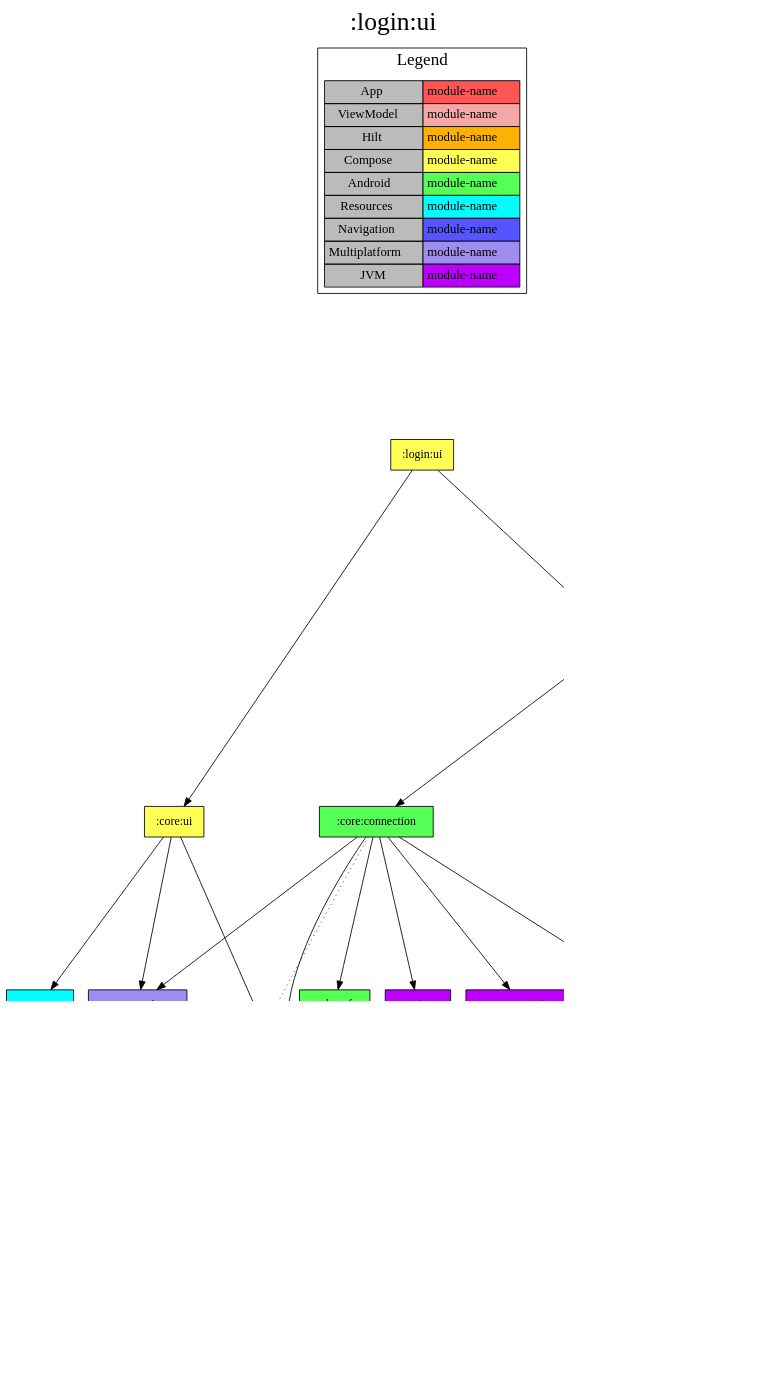
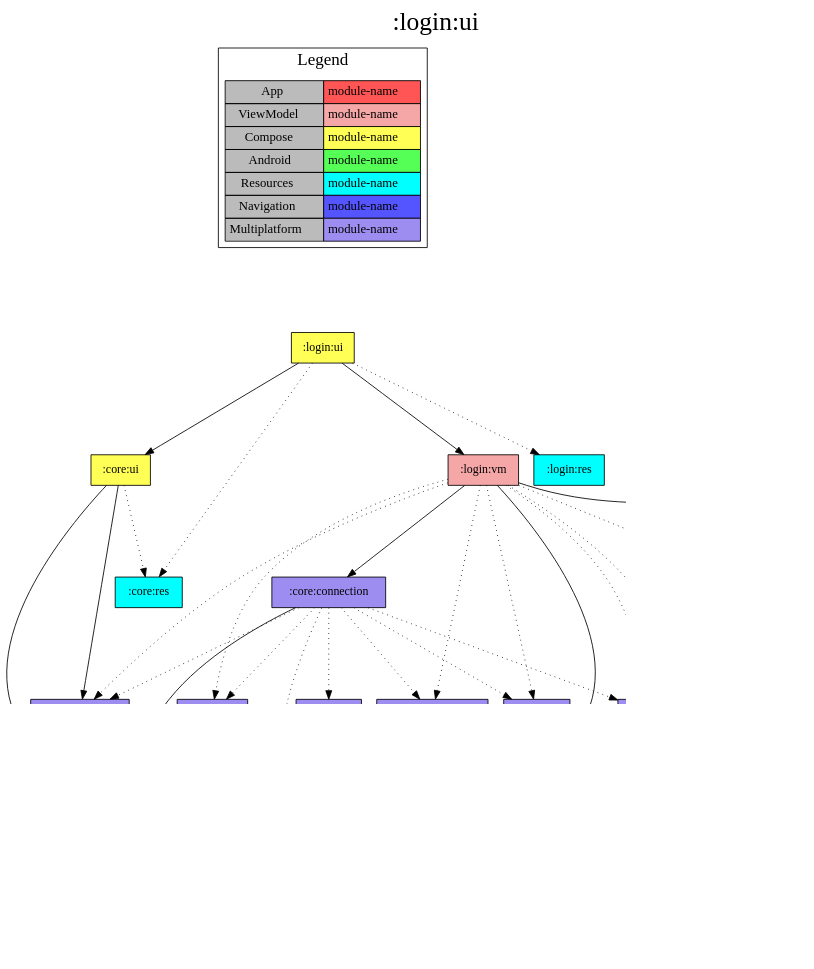
The diagram in modules/login/ui/project-dependency-graph.dot (jonapoul/aktual), drawn with Graphviz before and after one commit. The commit also changed 169 other files, not shown here.

```diff
--- a/modules/login/ui/project-dependency-graph.dot
+++ b/modules/login/ui/project-dependency-graph.dot
@@ -1,64 +1,72 @@
 digraph {
 edge ["dir"="forward"]
-graph ["dpi"="100","label"=":login:ui","labelloc"="t","fontsize"="30","ranksep"="2.5","rankdir"="TB"]
+graph ["dpi"="100","label"=":login:ui","labelloc"="t","fontsize"="30","ranksep"="1.5","rankdir"="TB"]
 node ["style"="filled"]
 ":login:ui" ["fillcolor"="#FFFF55","shape"="box"]
 ":core:ui" ["fillcolor"="#FFFF55","shape"="box"]
-":core:res" ["fillcolor"="#00FFFF","shape"="box"]
 ":core:versions" ["fillcolor"="#9D8DF1","shape"="box"]
 ":core:buildconfig" ["fillcolor"="#9D8DF1","shape"="box"]
 ":url:model" ["fillcolor"="#9D8DF1","shape"="box"]
+":core:res" ["fillcolor"="#00FFFF","shape"="box"]
 ":login:vm" ["fillcolor"="#F5A6A6","shape"="box"]
-":core:connection" ["fillcolor"="#55FF55","shape"="box"]
-":api:client" ["fillcolor"="#BB00FF","shape"="box"]
-":api:model" ["fillcolor"="#BB00FF","shape"="box"]
+":core:connection" ["fillcolor"="#9D8DF1","shape"="box"]
+":api:client" ["fillcolor"="#9D8DF1","shape"="box"]
+":api:model" ["fillcolor"="#9D8DF1","shape"="box"]
 ":login:model" ["fillcolor"="#9D8DF1","shape"="box"]
-":api:json" ["fillcolor"="#BB00FF","shape"="box"]
-":core:coroutines" ["fillcolor"="#BB00FF","shape"="box"]
-":url:prefs" ["fillcolor"="#55FF55","shape"="box"]
-":login:prefs" ["fillcolor"="#BB00FF","shape"="box"]
+":api:json" ["fillcolor"="#9D8DF1","shape"="box"]
+":core:coroutines" ["fillcolor"="#9D8DF1","shape"="box"]
+":core:log" ["fillcolor"="#9D8DF1","shape"="box"]
+":url:prefs" ["fillcolor"="#9D8DF1","shape"="box"]
+":login:prefs" ["fillcolor"="#9D8DF1","shape"="box"]
+":login:res" ["fillcolor"="#00FFFF","shape"="box"]
 {
 edge ["dir"="none"]
 graph ["rank"="same"]
 }
 ":login:ui" -> ":core:ui"
 ":login:ui" -> ":login:vm"
-":core:ui" -> ":core:res"
+":login:ui" -> ":core:res" ["style"="dotted"]
+":login:ui" -> ":login:res" ["style"="dotted"]
 ":core:ui" -> ":core:versions"
 ":core:ui" -> ":url:model"
+":core:ui" -> ":core:res" ["style"="dotted"]
 ":core:versions" -> ":core:buildconfig"
 ":login:vm" -> ":core:connection"
 ":login:vm" -> ":login:model"
 ":login:vm" -> ":url:model"
 ":login:vm" -> ":api:client" ["style"="dotted"]
+":login:vm" -> ":api:model" ["style"="dotted"]
+":login:vm" -> ":core:coroutines" ["style"="dotted"]
+":login:vm" -> ":core:log" ["style"="dotted"]
+":login:vm" -> ":core:versions" ["style"="dotted"]
 ":login:vm" -> ":login:prefs" ["style"="dotted"]
-":core:connection" -> ":api:client"
-":core:connection" -> ":api:json"
-":core:connection" -> ":core:coroutines"
-":core:connection" -> ":core:versions"
-":core:connection" -> ":url:model"
-":core:connection" -> ":url:prefs"
-":core:connection" -> ":core:buildconfig" ["style"="dotted"]
+":login:vm" -> ":url:prefs" ["style"="dotted"]
+":core:connection" -> ":core:buildconfig"
+":core:connection" -> ":api:client" ["style"="dotted"]
+":core:connection" -> ":api:json" ["style"="dotted"]
+":core:connection" -> ":core:coroutines" ["style"="dotted"]
+":core:connection" -> ":core:log" ["style"="dotted"]
+":core:connection" -> ":core:versions" ["style"="dotted"]
+":core:connection" -> ":url:model" ["style"="dotted"]
+":core:connection" -> ":url:prefs" ["style"="dotted"]
 ":api:client" -> ":api:model"
 ":api:client" -> ":url:model"
 ":api:model" -> ":login:model"
 ":url:prefs" -> ":url:model"
 ":login:prefs" -> ":login:model"
 subgraph "cluster_legend" {
 edge ["dir"="none"]
 graph ["label"="Legend","fontsize"="20"]
 "Legend" ["style"="filled","fillcolor"="#bbbbbb","shape"="none","margin"="0","fontsize"="15","label"=<
 <TABLE BORDER="0" CELLBORDER="1" CELLSPACING="0" CELLPADDING="4">
 <TR><TD>App</TD><TD BGCOLOR="#FF5555">module-name</TD></TR>
 <TR><TD>ViewModel</TD><TD BGCOLOR="#F5A6A6">module-name</TD></TR>
-<TR><TD>Hilt</TD><TD BGCOLOR="#FCB103">module-name</TD></TR>
 <TR><TD>Compose</TD><TD BGCOLOR="#FFFF55">module-name</TD></TR>
 <TR><TD>Android</TD><TD BGCOLOR="#55FF55">module-name</TD></TR>
 <TR><TD>Resources</TD><TD BGCOLOR="#00FFFF">module-name</TD></TR>
 <TR><TD>Navigation</TD><TD BGCOLOR="#5555FF">module-name</TD></TR>
 <TR><TD>Multiplatform</TD><TD BGCOLOR="#9D8DF1">module-name</TD></TR>
-<TR><TD>JVM</TD><TD BGCOLOR="#BB00FF">module-name</TD></TR>
 </TABLE>
 >]
 } -> ":login:ui" ["style"="invis"]
 }
```
